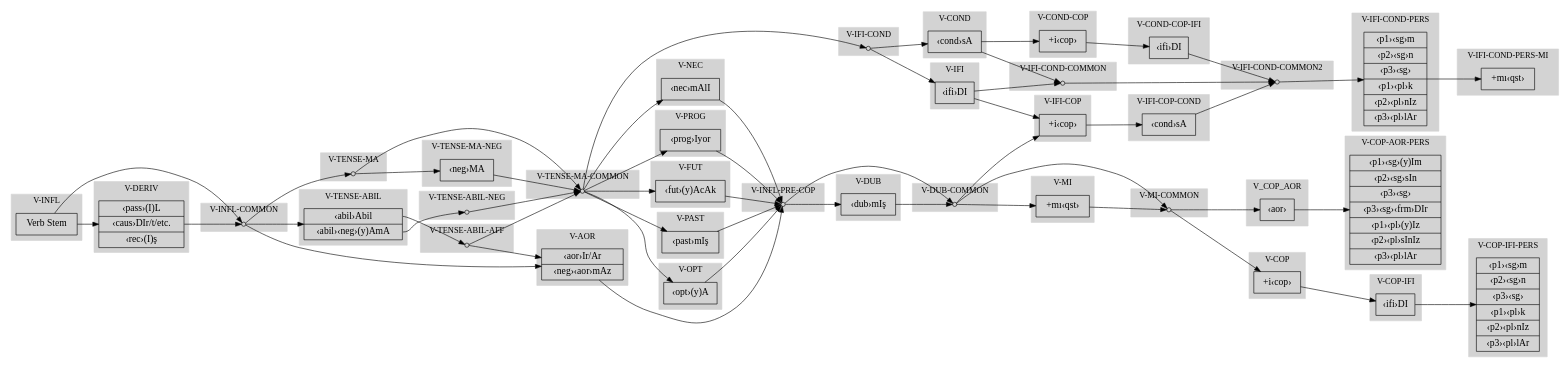
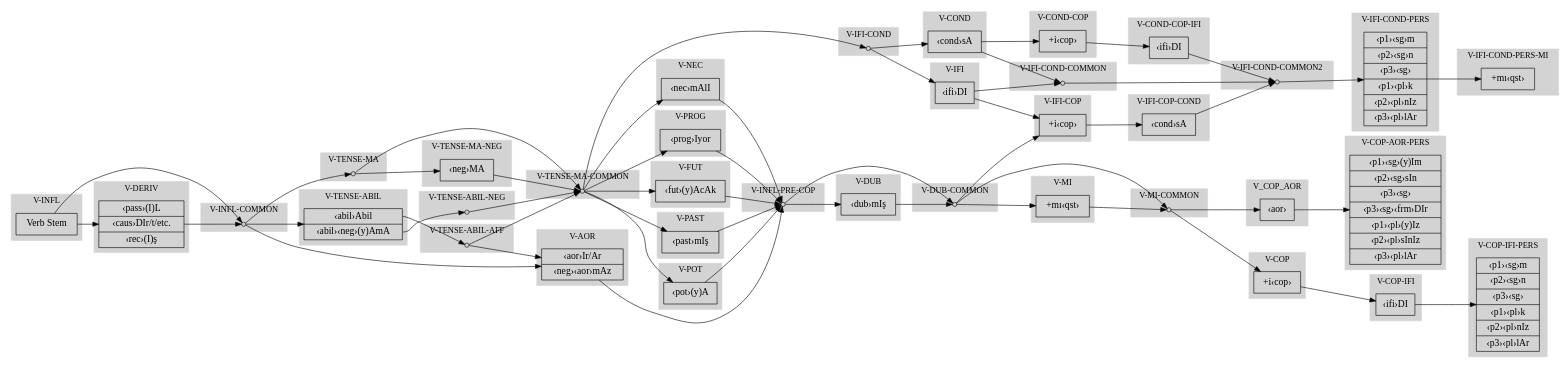
The diagram in dev/verbmorph.dot (apertium/apertium-tur), drawn with Graphviz before and after one commit. The commit also changed 2 other files, not shown here.

```diff
--- a/dev/verbmorph.dot
+++ b/dev/verbmorph.dot
@@ -247,10 +247,10 @@
 	] ;
 	}
 	
-	subgraph clusterV_OPT { style=filled; color=lightgrey;
-	label="V-OPT" ;
-	"V-OPT" [
-		label = "‹opt›(y)A"
+	subgraph clusterV_POT { style=filled; color=lightgrey;
+	label="V-POT" ;
+	"V-POT" [
+		label = "‹pot›(y)A"
 		//xlabel = "V-OPT"
 		shape = record
 	] ;
@@ -375,7 +375,7 @@
 	"V-TENSE-MA-COMMON" -> "V-PROG" ;
 	"V-TENSE-MA-COMMON" -> "V-FUT" ;
 	"V-TENSE-MA-COMMON" -> "V-PAST" ;
-	"V-TENSE-MA-COMMON" -> "V-OPT" ;
+	"V-TENSE-MA-COMMON" -> "V-POT" ;
 	"V-TENSE-MA-COMMON" -> "V-NEC" ;
 
 	"V-IFI-COND" -> "V-IFI" ;
@@ -397,7 +397,7 @@
 	"V-PROG" -> "V-INFL-PRE-COP" ;
 	"V-FUT" -> "V-INFL-PRE-COP" ;
 	"V-PAST" -> "V-INFL-PRE-COP" ;
-	"V-OPT" -> "V-INFL-PRE-COP" ;
+	"V-POT" -> "V-INFL-PRE-COP" ;
 	"V-NEC" -> "V-INFL-PRE-COP" ;
 
 	"V-INFL-PRE-COP" -> "V-DUB" ;
```
